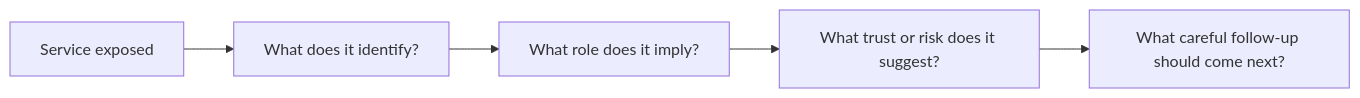
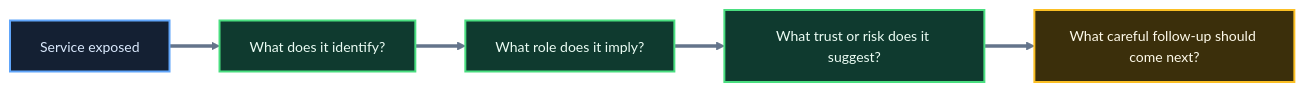
The second of 3 diagrams in modules/03-service-footprinting-and-common-infrastructure-enumeration/lessons/module-03-lesson-3-3-enumerating-databases-monitoring-and-management-services.md (route2shell/hack-the-basics), drawn with Mermaid before and after one commit. The commit also changed other lines of this file and 6 other files, not shown here.

````diff
--- a/modules/03-service-footprinting-and-common-infrastructure-enumeration/lessons/module-03-lesson-3-3-enumerating-databases-monitoring-and-management-services.md
+++ b/modules/03-service-footprinting-and-common-infrastructure-enumeration/lessons/module-03-lesson-3-3-enumerating-databases-monitoring-and-management-services.md
@@ -241,7 +263,16 @@
 ```mermaid
+%%{init: {"theme":"base","flowchart":{"curve":"basis","htmlLabels":true},"themeVariables":{"primaryColor":"#0f172a","primaryTextColor":"#e2e8f0","primaryBorderColor":"#7dd3fc","lineColor":"#64748b","secondaryColor":"#111827","tertiaryColor":"#0b1220","clusterBkg":"#0b1220","clusterBorder":"#334155","fontSize":"14px"}}}%%
 flowchart LR
-    A[Service exposed] --> B[What does it identify?]
-    B --> C[What role does it imply?]
-    C --> D[What trust or risk does it suggest?]
-    D --> E[What careful follow-up should come next?]
+    A["Service exposed"] ==> B["What does it identify?"]
+    B ==> C["What role does it imply?"]
+    C ==> D["What trust or risk does it suggest?"]
+    D ==> E["What careful follow-up should come next?"]
+
+    classDef source fill:#142033,stroke:#60a5fa,color:#dbeafe,stroke-width:2px;
+    classDef analysis fill:#0f3a2f,stroke:#4ade80,color:#ecfdf5,stroke-width:2px;
+    classDef action fill:#3b2f0b,stroke:#fbbf24,color:#fffbeb,stroke-width:2px;
+
+    class A source;
+    class B,C,D analysis;
+    class E action;
 ```
````
